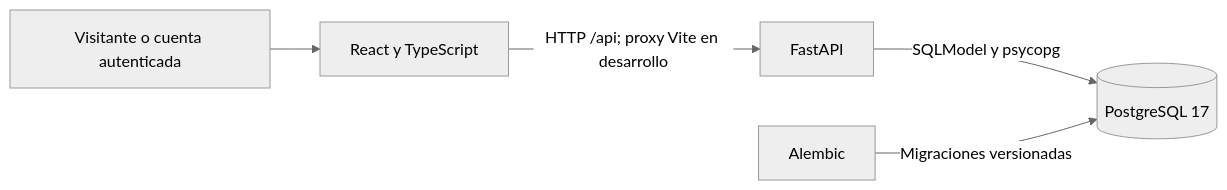
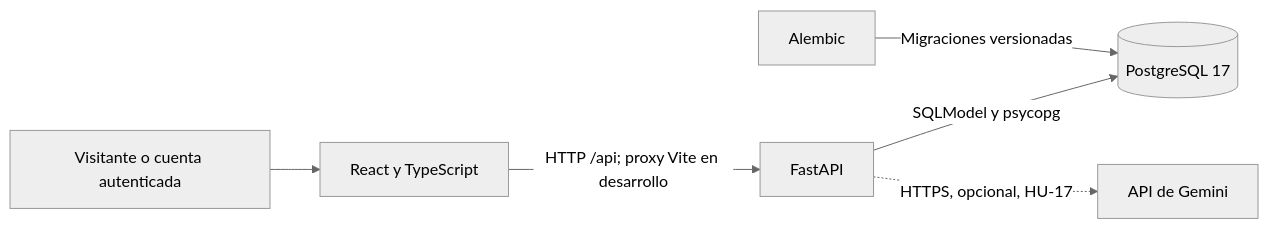
One commit to JorgeJaceval/Pruebas-De-Software-RentSmart changed the first of 2 diagrams in docs/wiki/Arquitectura.md. Above: the diagram before and after it, drawn with Mermaid (neutral theme). The commit also changed other lines of this file and 9 other files, not shown here.

````diff
--- a/docs/wiki/Arquitectura.md
+++ b/docs/wiki/Arquitectura.md
@@ -3,7 +3,8 @@
 ```mermaid
 flowchart LR
   Usuario[Visitante o cuenta autenticada] --> React[React y TypeScript]
   React -->|HTTP /api; proxy Vite en desarrollo| API[FastAPI]
   API -->|SQLModel y psycopg| DB[(PostgreSQL 17)]
   Alembic[Alembic] -->|Migraciones versionadas| DB
+  API -.->|HTTPS, opcional, HU-17| Gemini[API de Gemini]
 ```
````
